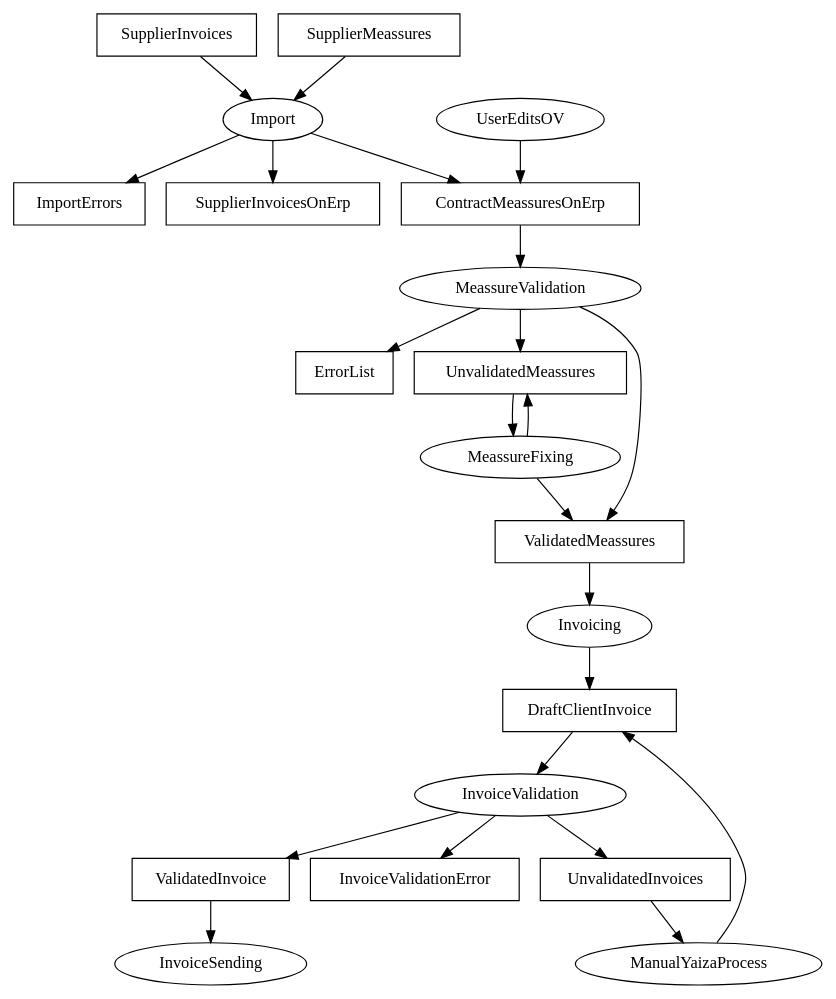
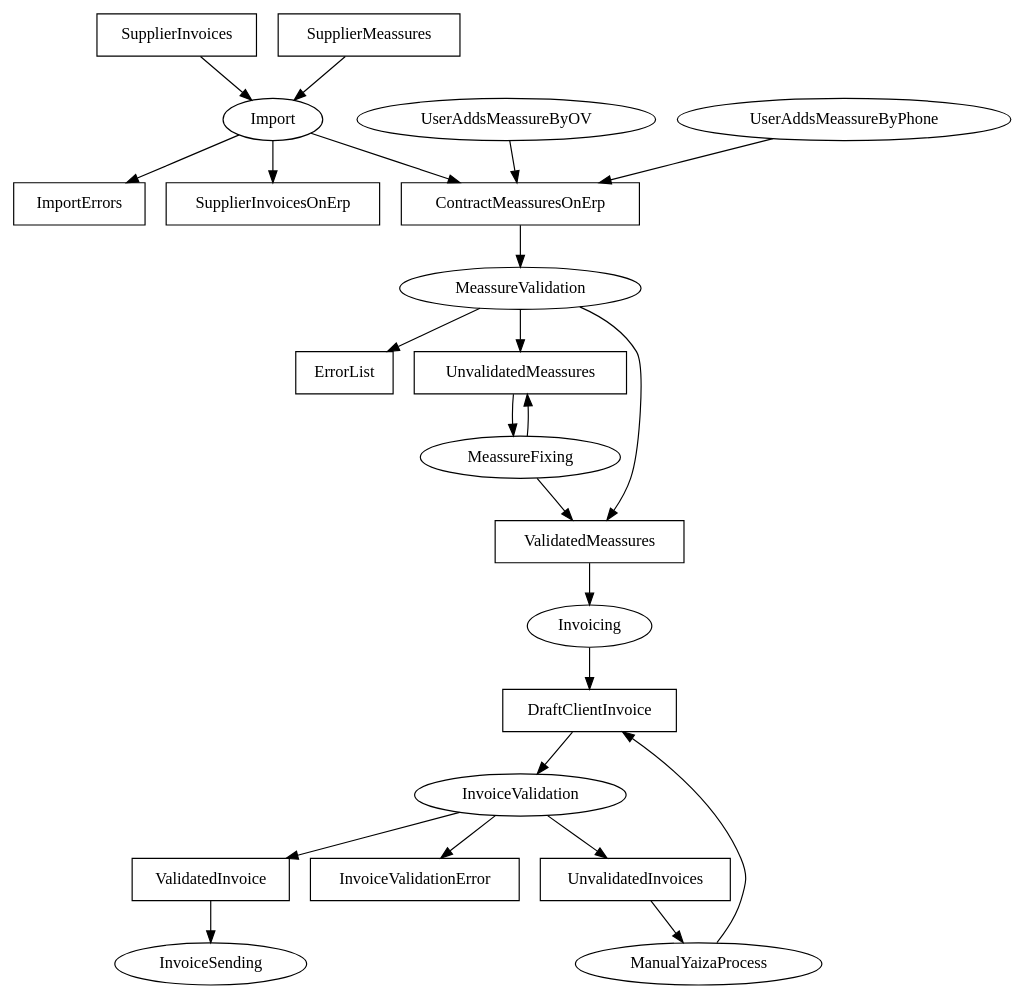
The diagram in flowchart.dot (Som-Energia/somenergia-scripts), drawn with Graphviz before and after one commit. The commit also changed 1 other file, not shown here.

```diff
--- a/flowchart.dot
+++ b/flowchart.dot
@@ -1,43 +1,43 @@
 digraph {
 /* Products */
 SupplierInvoices,
 SupplierMeassures,
 SupplierInvoicesOnErp,
 ImportErrors,
 ContractMeassuresOnErp,
 ErrorList,
 UnvalidatedInvoices,
 UnvalidatedMeassures,
 ValidatedMeassures,
 DraftClientInvoice,
 ValidatedInvoice,
 UnvalidatedInvoices,
 InvoiceValidationError
 [
     shape=rect,
 ]
-
 SupplierInvoices -> Import
 SupplierMeassures -> Import
 Import -> SupplierInvoicesOnErp
 Import -> ImportErrors
 Import -> ContractMeassuresOnErp
-UserEditsOV -> ContractMeassuresOnErp
+UserAddsMeassureByOV -> ContractMeassuresOnErp
+UserAddsMeassureByPhone -> ContractMeassuresOnErp
 ContractMeassuresOnErp -> MeassureValidation
 MeassureValidation -> ErrorList
 MeassureValidation -> ValidatedMeassures
 MeassureValidation -> UnvalidatedMeassures
 UnvalidatedMeassures -> MeassureFixing
 MeassureFixing -> ValidatedMeassures
 MeassureFixing -> UnvalidatedMeassures
 ValidatedMeassures -> Invoicing
 Invoicing -> DraftClientInvoice
 DraftClientInvoice -> InvoiceValidation
 InvoiceValidation -> ValidatedInvoice
 InvoiceValidation -> InvoiceValidationError
 InvoiceValidation -> UnvalidatedInvoices
 UnvalidatedInvoices -> ManualYaizaProcess
 ManualYaizaProcess -> DraftClientInvoice
 ValidatedInvoice -> InvoiceSending
 
 }
```
